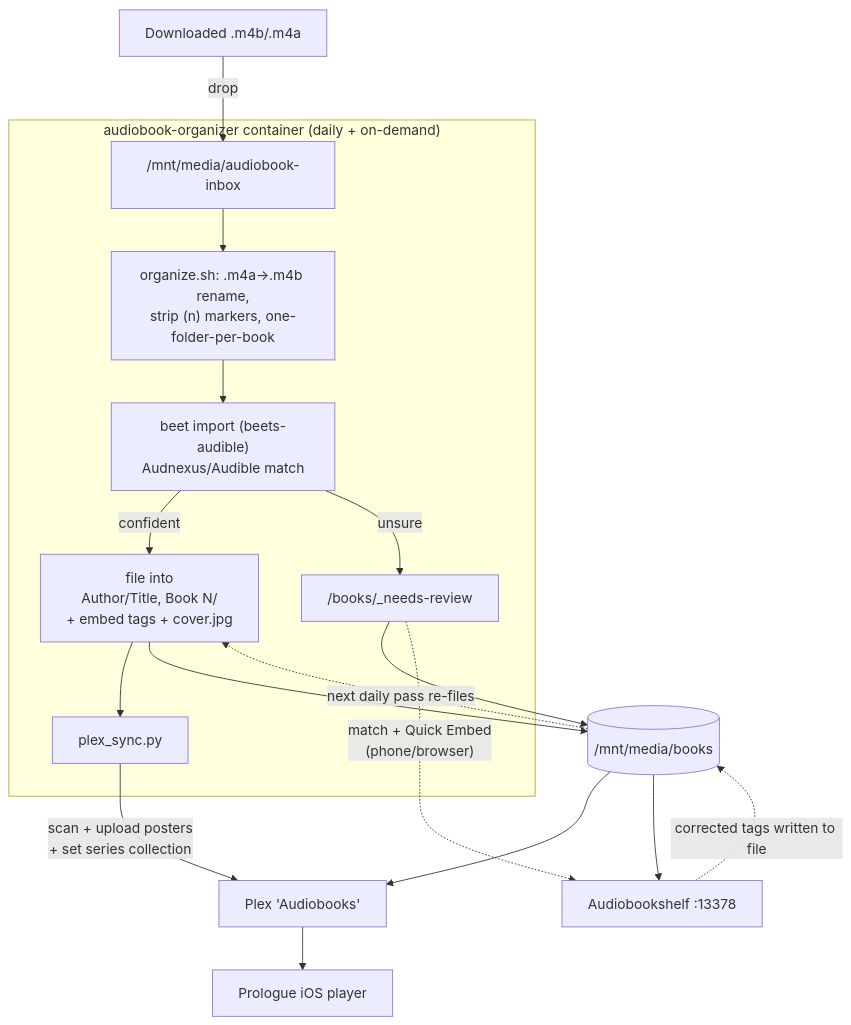
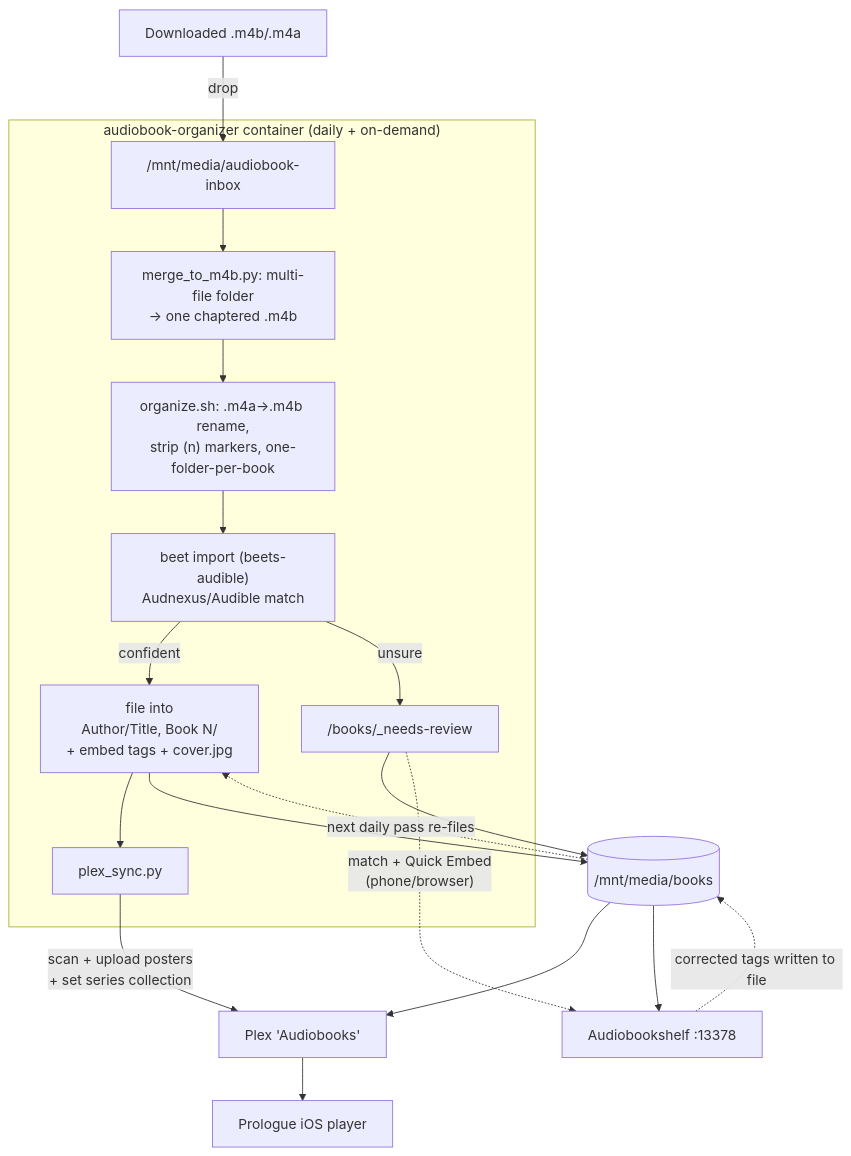
One commit to shariqh/home-server-docker-compose changed the diagram in media/audiobook-organizer/README.md. Above: the diagram before and after it, drawn with Mermaid. The commit also changed other lines of this file and 4 other files, not shown here.

First line of the commit message:
feat(media): merge multi-file books to chaptered m4b; full-cast collections

````diff
--- a/media/audiobook-organizer/README.md
+++ b/media/audiobook-organizer/README.md
@@ -26,20 +26,21 @@
 ```mermaid
 flowchart TD
     D[Downloaded .m4b/.m4a] -->|drop| INBOX["/mnt/media/audiobook-inbox"]
     subgraph ORG["audiobook-organizer container (daily + on-demand)"]
-      INBOX --> PRE["organize.sh: .m4a→.m4b rename,<br/>strip (n) markers, one-folder-per-book"]
+      INBOX --> MERGE["merge_to_m4b.py: multi-file folder<br/>→ one chaptered .m4b"]
+      MERGE --> PRE["organize.sh: .m4a→.m4b rename,<br/>strip (n) markers, one-folder-per-book"]
       PRE --> BEETS["beet import (beets-audible)<br/>Audnexus/Audible match"]
       BEETS -->|confident| FILE["file into<br/>Author/Title, Book N/<br/>+ embed tags + cover.jpg"]
       BEETS -->|unsure| REVIEW["/books/_needs-review"]
       FILE --> SYNC["plex_sync.py"]
     end
     FILE --> LIB[("/mnt/media/books")]
     REVIEW --> LIB
     LIB --> PLEX[Plex 'Audiobooks']
     LIB --> ABS[Audiobookshelf :13378]
     SYNC -->|scan + upload posters<br/>+ set series collection| PLEX
     REVIEW -.->|"match + Quick Embed<br/>(phone/browser)"| ABS
     ABS -.->|corrected tags written to file| LIB
     LIB -.->|next daily pass re-files| FILE
     PLEX --> PROLOGUE[Prologue iOS player]
 ```
````
